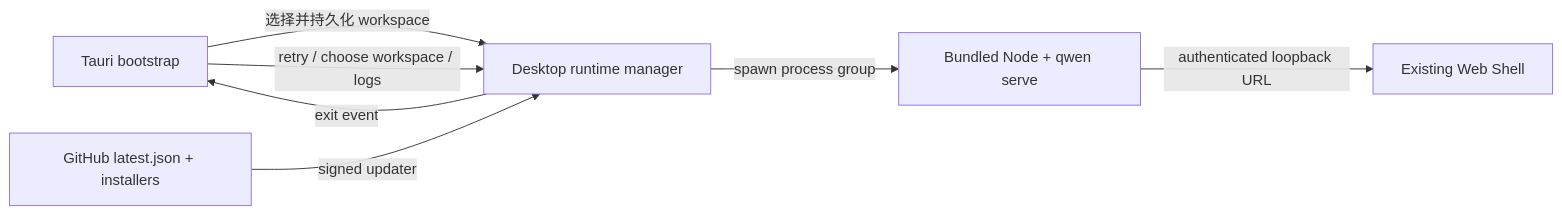
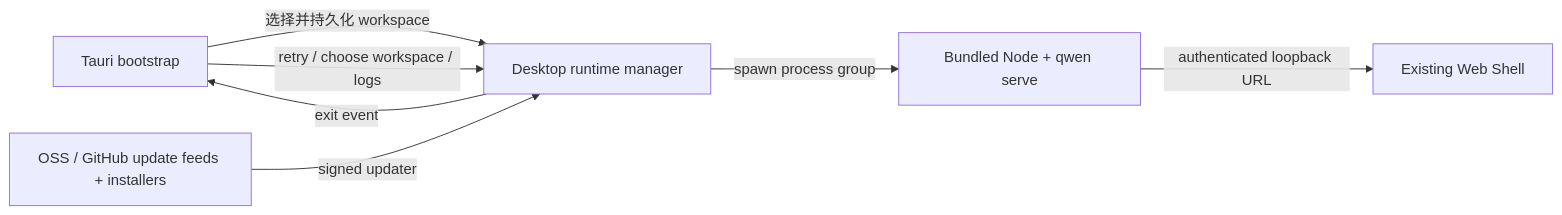
One commit to QwenLM/qwen-code changed the diagram in docs/design/2026-07-31-desktop-web-shell-release.md. Above: the diagram before and after it, drawn with Mermaid. The commit also changed other lines of this file and 7 other files, not shown here.

````diff
--- a/docs/design/2026-07-31-desktop-web-shell-release.md
+++ b/docs/design/2026-07-31-desktop-web-shell-release.md
@@ -28,9 +28,9 @@
 ```mermaid
 flowchart LR
   A[Tauri bootstrap] -->|选择并持久化 workspace| B[Desktop runtime manager]
   B -->|spawn process group| C[Bundled Node + qwen serve]
   C -->|authenticated loopback URL| D[Existing Web Shell]
   A -->|retry / choose workspace / logs| B
   B -->|exit event| A
-  E[GitHub latest.json + installers] -->|signed updater| B
+  E[OSS / GitHub update feeds + installers] -->|signed updater| B
 ```
````
